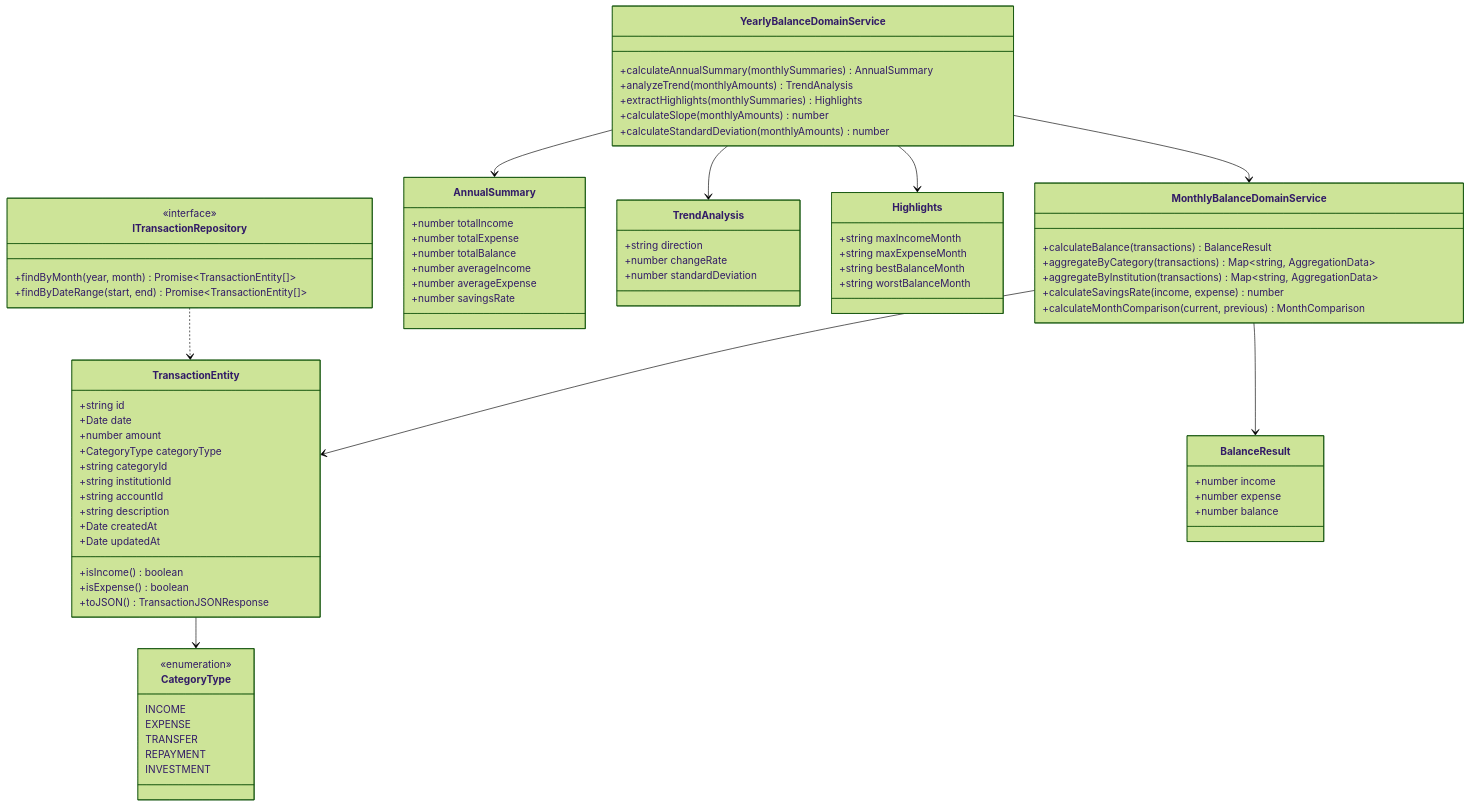
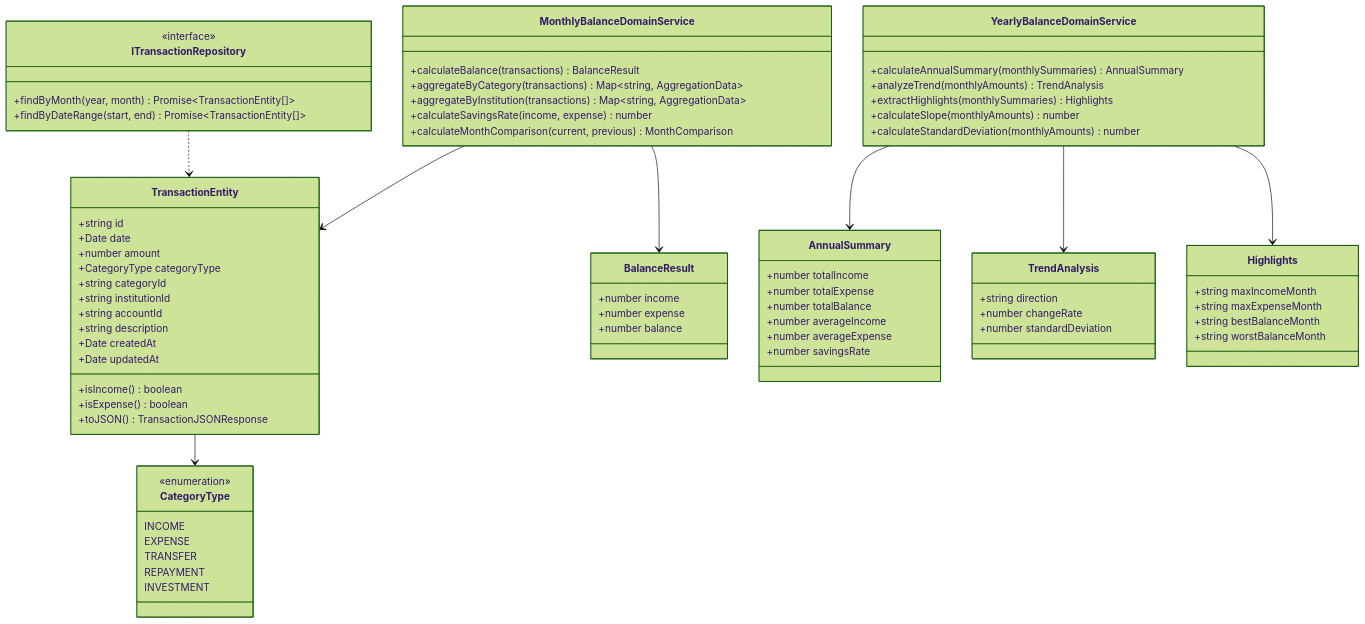
The first of 4 diagrams in docs/detailed-design/FR-020_yearly-balance-aggregation/class-diagrams.md (kencom2400/account-book), drawn with Mermaid (forest theme) before and after one commit. The commit also changed other lines of this file and 1 other file, not shown here.

```diff
--- a/docs/detailed-design/FR-020_yearly-balance-aggregation/class-diagrams.md
+++ b/docs/detailed-design/FR-020_yearly-balance-aggregation/class-diagrams.md
@@ -96,7 +96,6 @@
     YearlyBalanceDomainService --> AnnualSummary
     YearlyBalanceDomainService --> TrendAnalysis
     YearlyBalanceDomainService --> Highlights
-    YearlyBalanceDomainService --> MonthlyBalanceDomainService
     MonthlyBalanceDomainService --> TransactionEntity
     MonthlyBalanceDomainService --> BalanceResult
     ITransactionRepository ..> TransactionEntity
```
